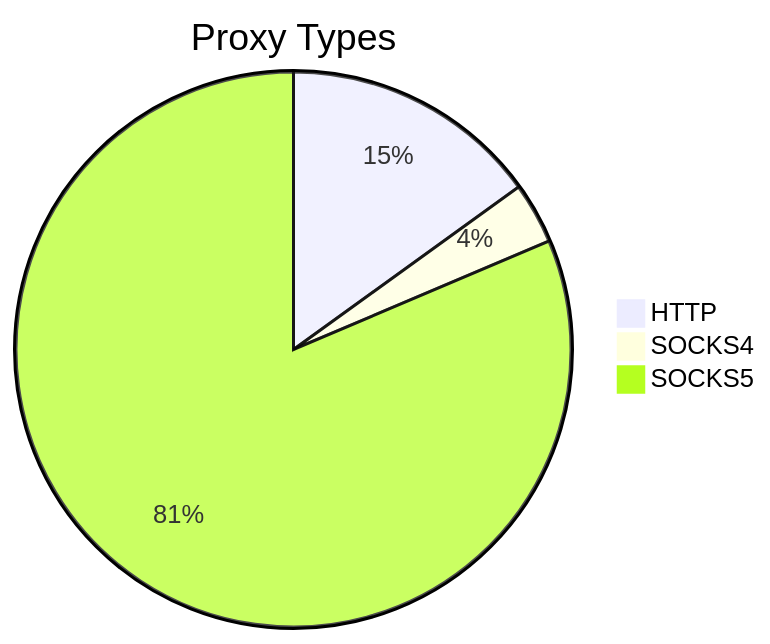
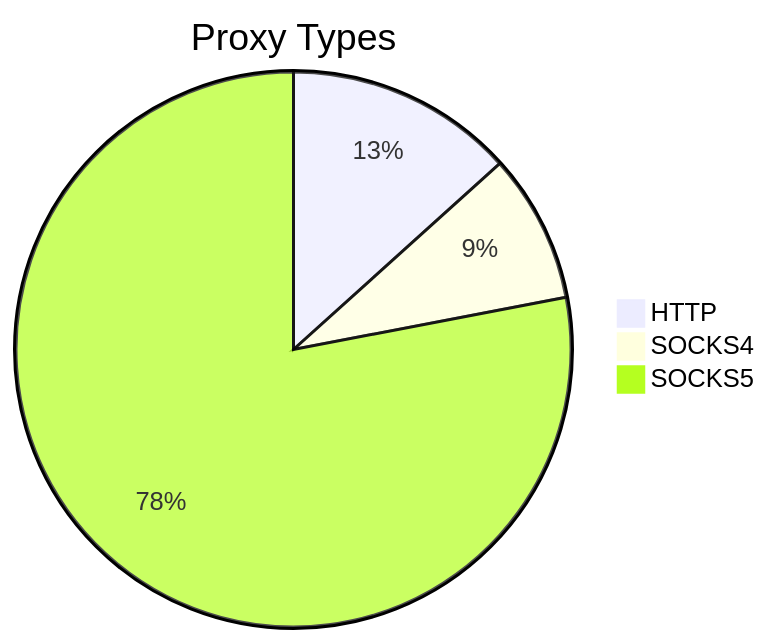
One commit to stormsia/proxy-list changed the first of 2 diagrams in README.md. Above: the diagram before and after it, drawn with Mermaid. The commit also changed other lines of this file, not shown here.

````diff
--- a/README.md
+++ b/README.md
@@ -21,6 +21,6 @@
 ```mermaid
 pie title Proxy Types
-    "HTTP" : 169
-    "SOCKS4" : 40
-    "SOCKS5" : 914
+    "HTTP" : 360
+    "SOCKS4" : 234
+    "SOCKS5" : 2108
 ```
````
